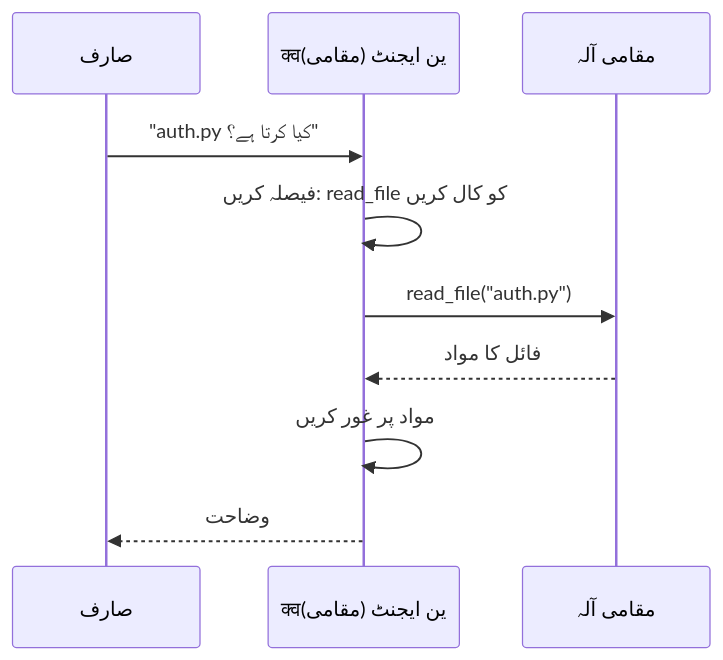
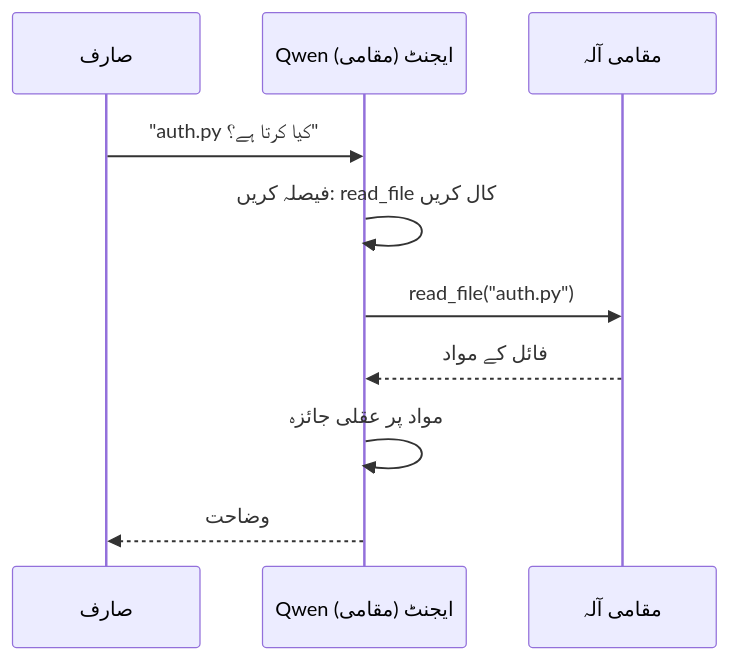
The second of 4 diagrams in translations/ur/17-creating-local-ai-agents/README.md (microsoft/ai-agents-for-beginners), drawn with Mermaid before and after one commit. The commit also changed other lines of this file and 47 other files, not shown here.

````diff
--- a/translations/ur/17-creating-local-ai-agents/README.md
+++ b/translations/ur/17-creating-local-ai-agents/README.md
@@ -107,12 +107,12 @@
 ```mermaid
 sequenceDiagram
     participant U as صارف
-    participant A as क्वین ایجنٹ (مقامی)
+    participant A as Qwen ایجنٹ (مقامی)
     participant T as مقامی آلہ
     U->>A: "auth.py کیا کرتا ہے؟"
-    A->>A: فیصلہ کریں: read_file کو کال کریں
+    A->>A: فیصلہ کریں: read_file کال کریں
     A->>T: read_file("auth.py")
-    T-->>A: فائل کا مواد
-    A->>A: مواد پر غور کریں
+    T-->>A: فائل کے مواد
+    A->>A: مواد پر عقلی جائزہ
     A-->>U: وضاحت
 ```
````
